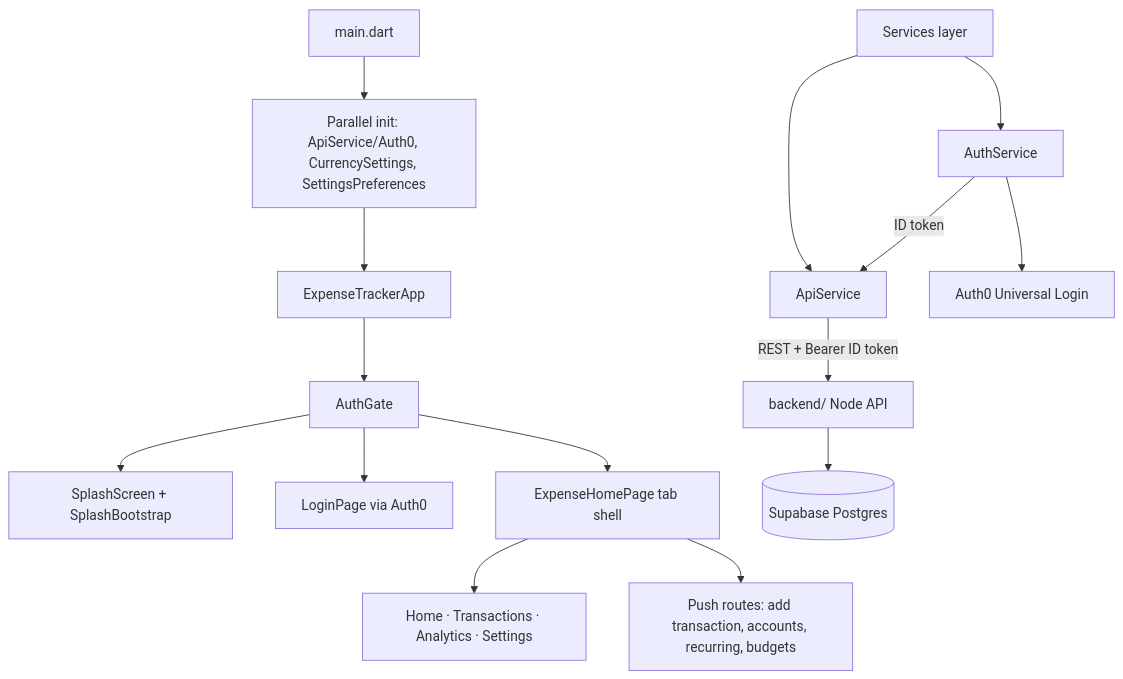
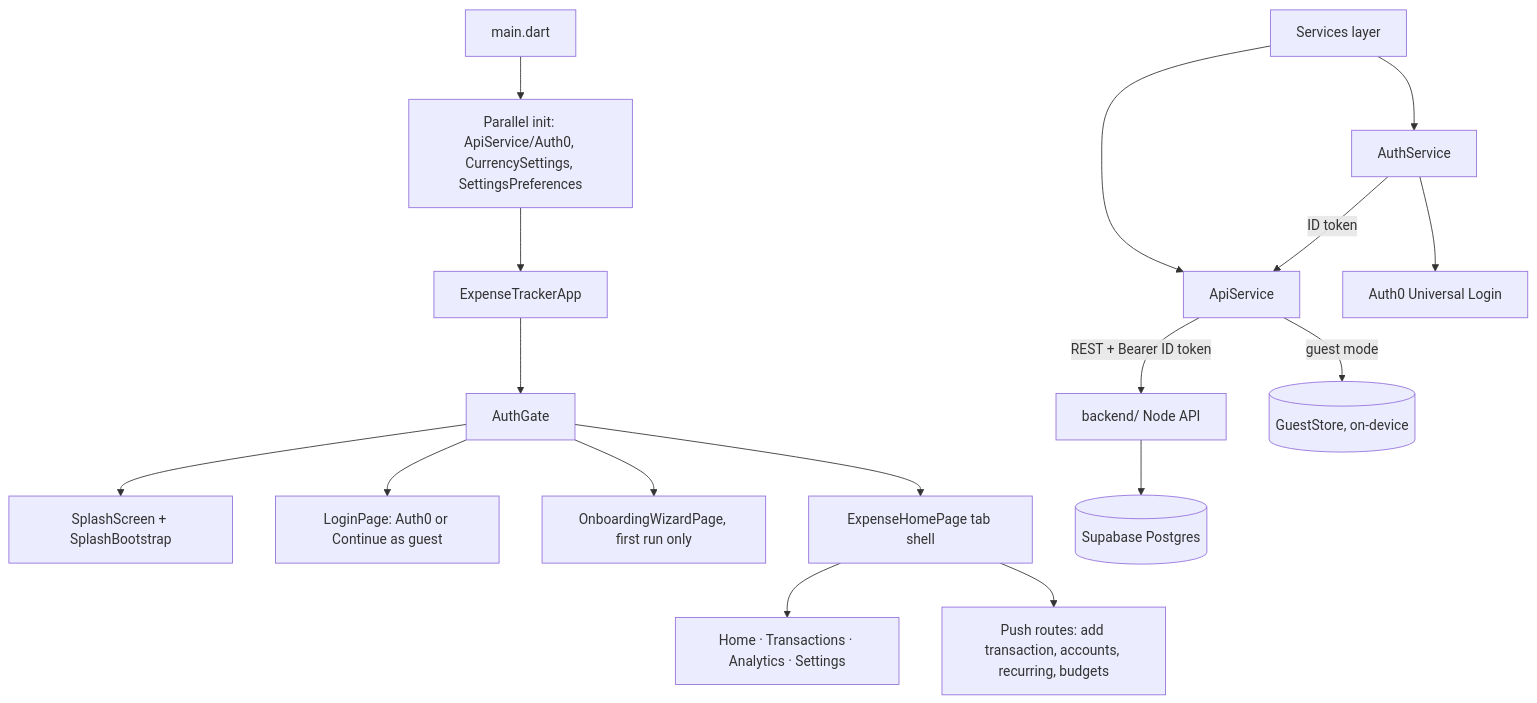
The diagram in docs/ARCHITECTURE.md (shubhamambastha/expense_tracker_app), drawn with Mermaid before and after one commit. The commit also changed other lines of this file and 12 other files, not shown here.

````diff
--- a/docs/ARCHITECTURE.md
+++ b/docs/ARCHITECTURE.md
@@ -13,17 +13,19 @@
 ```mermaid
 flowchart TD
   main[main.dart] --> init[Parallel init: ApiService/Auth0, CurrencySettings, SettingsPreferences]
   init --> app[ExpenseTrackerApp]
   app --> gate[AuthGate]
   gate --> splash[SplashScreen + SplashBootstrap]
-  gate --> login[LoginPage via Auth0]
+  gate --> login[LoginPage: Auth0 or Continue as guest]
+  gate --> wizard[OnboardingWizardPage, first run only]
   gate --> home[ExpenseHomePage tab shell]
   home --> tabs[Home · Transactions · Analytics · Settings]
   home --> push[Push routes: add transaction, accounts, recurring, budgets]
   services[Services layer] --> api[ApiService]
   services --> auth[AuthService]
   api -->|REST + Bearer ID token| node[backend/ Node API]
+  api -->|guest mode| guest[(GuestStore, on-device)]
   node --> db[(Supabase Postgres)]
   auth --> auth0[Auth0 Universal Login]
   auth -->|ID token| api
 ```
````
